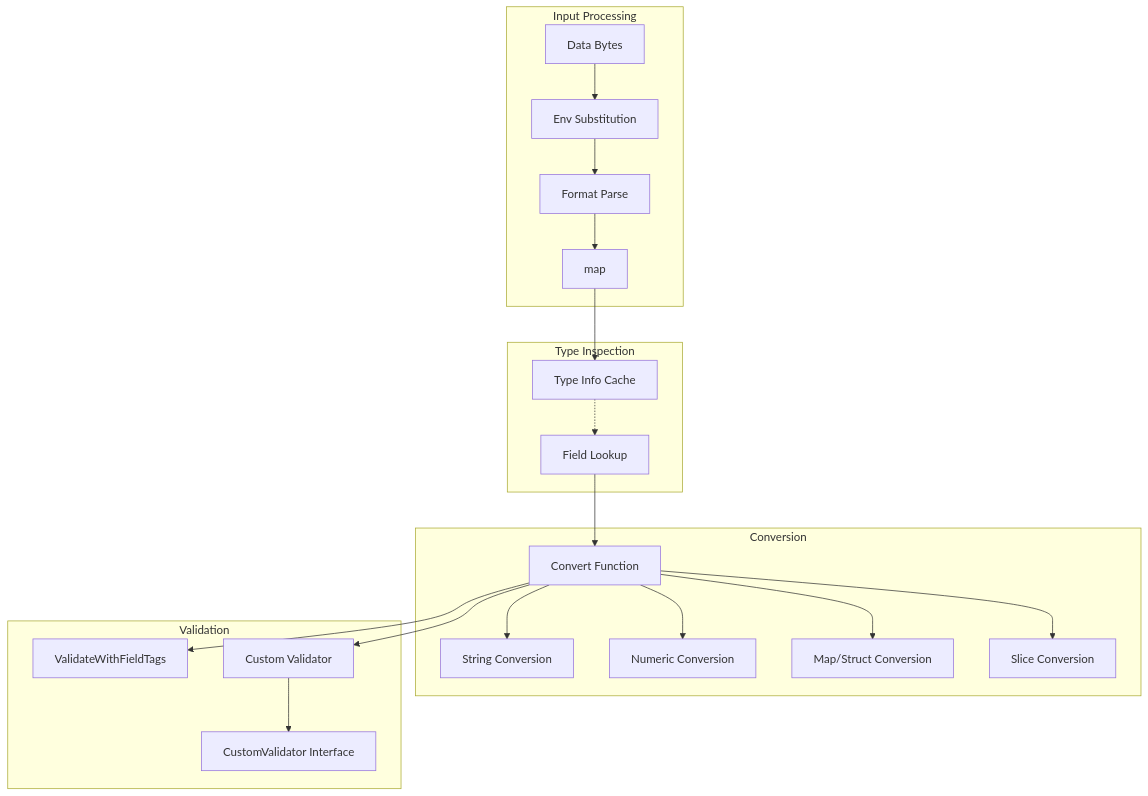
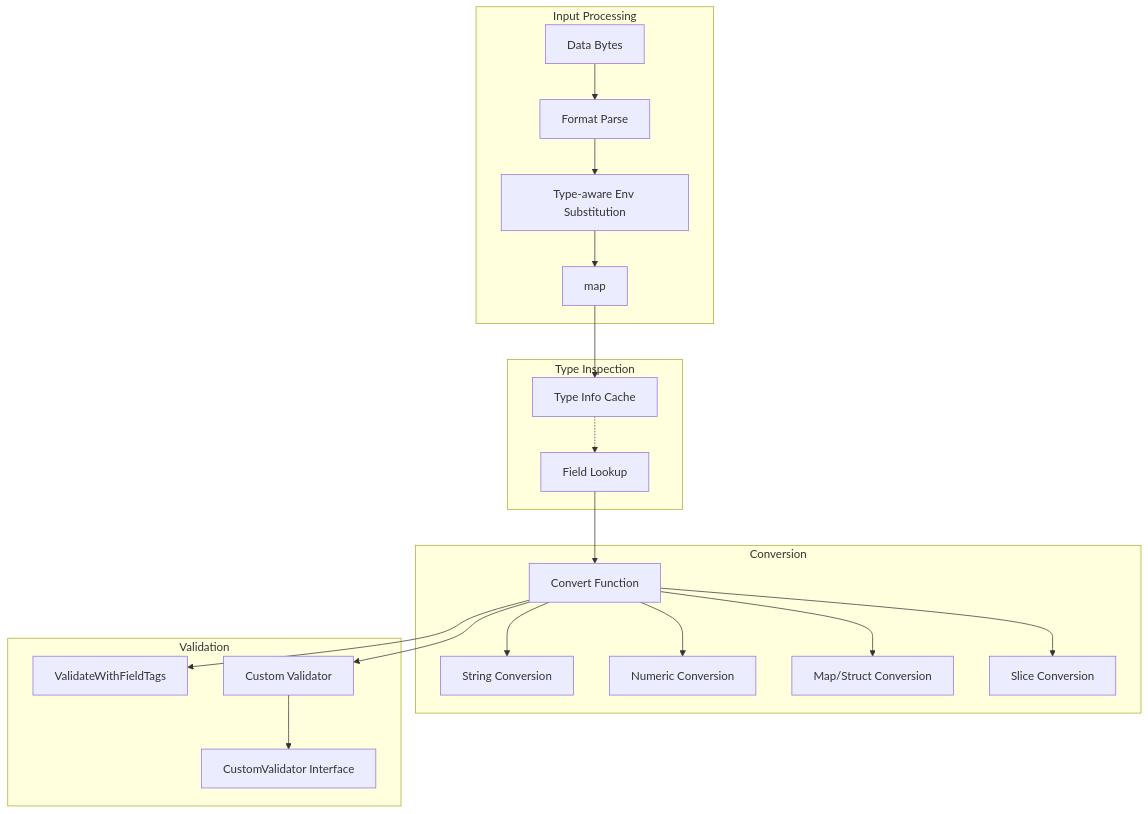
Before and after one commit to yusing/godoxy-wiki: the second of 2 diagrams in content/docs/impl/internal-serialization.mdx, drawn with Mermaid. The commit also changed other lines of this file and 5 other files, not shown here.

````diff
--- a/content/docs/impl/internal-serialization.mdx
+++ b/content/docs/impl/internal-serialization.mdx
@@ -153,27 +165,27 @@
 ```mermaid
 flowchart TB
     subgraph Input Processing
-        Bytes[Data Bytes] --> EnvSub[Env Substitution]
-        EnvSub --> FormatParse[Format Parse]
-        FormatParse --> Map[map<string,any>]
+        Bytes[Data Bytes] --> FormatParse[Format Parse]
+        FormatParse --> EnvSub[Type-aware Env Substitution]
+        EnvSub --> Map[map<string,any>]
     end
 
     subgraph Type Inspection
         Map --> TypeInfo[Type Info Cache]
         TypeInfo -.-> FieldLookup[Field Lookup]
     end
 
     subgraph Conversion
         FieldLookup --> Convert[Convert Function]
         Convert --> StringConvert[String Conversion]
         Convert --> NumericConvert[Numeric Conversion]
         Convert --> MapConvert[Map/Struct Conversion]
         Convert --> SliceConvert[Slice Conversion]
     end
 
     subgraph Validation
         Convert --> Validate[ValidateWithFieldTags]
         Convert --> CustomValidate[Custom Validator]
         CustomValidate --> CustomValidator[CustomValidator Interface]
     end
 ```
````
